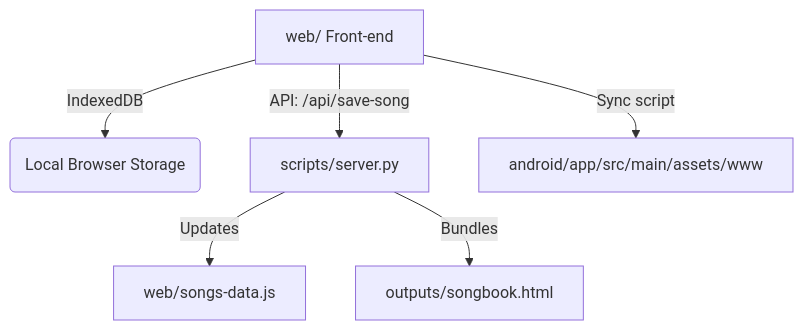
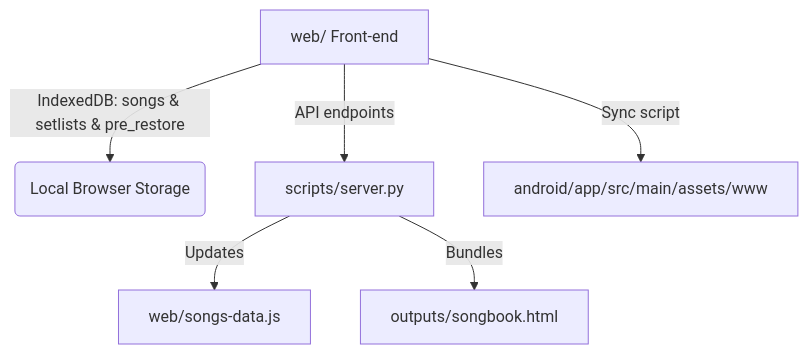
The diagram in README.md (ohadmanor/songbook), drawn with Mermaid before and after one commit. The commit also changed other lines of this file and 10 other files, not shown here.

````diff
--- a/README.md
+++ b/README.md
@@ -27,8 +31,8 @@
 ```mermaid
 graph TD
-    A[web/ Front-end] -->|IndexedDB| B(Local Browser Storage)
-    A -->|API: /api/save-song| C[scripts/server.py]
+    A[web/ Front-end] -->|IndexedDB: songs & setlists & pre_restore| B(Local Browser Storage)
+    A -->|API endpoints| C[scripts/server.py]
     C -->|Updates| D[web/songs-data.js]
     C -->|Bundles| E[outputs/songbook.html]
     A -->|Sync script| F[android/app/src/main/assets/www]
 ```
````
